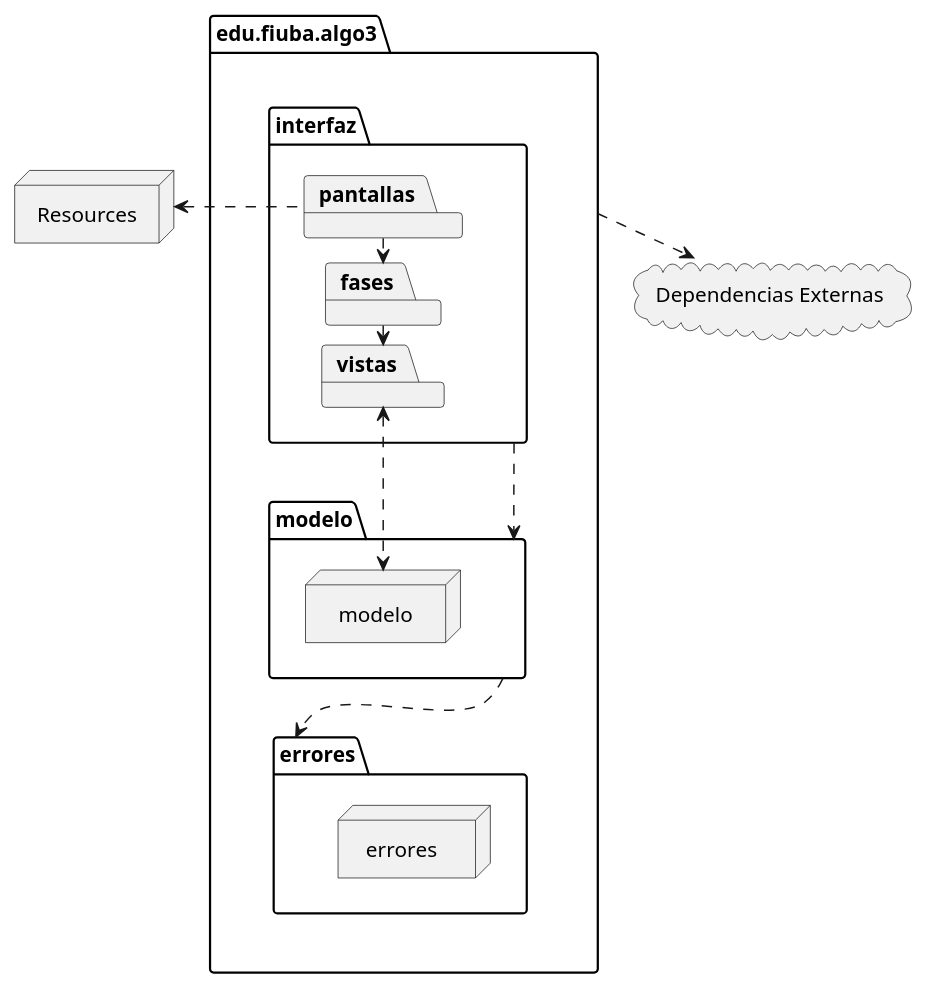
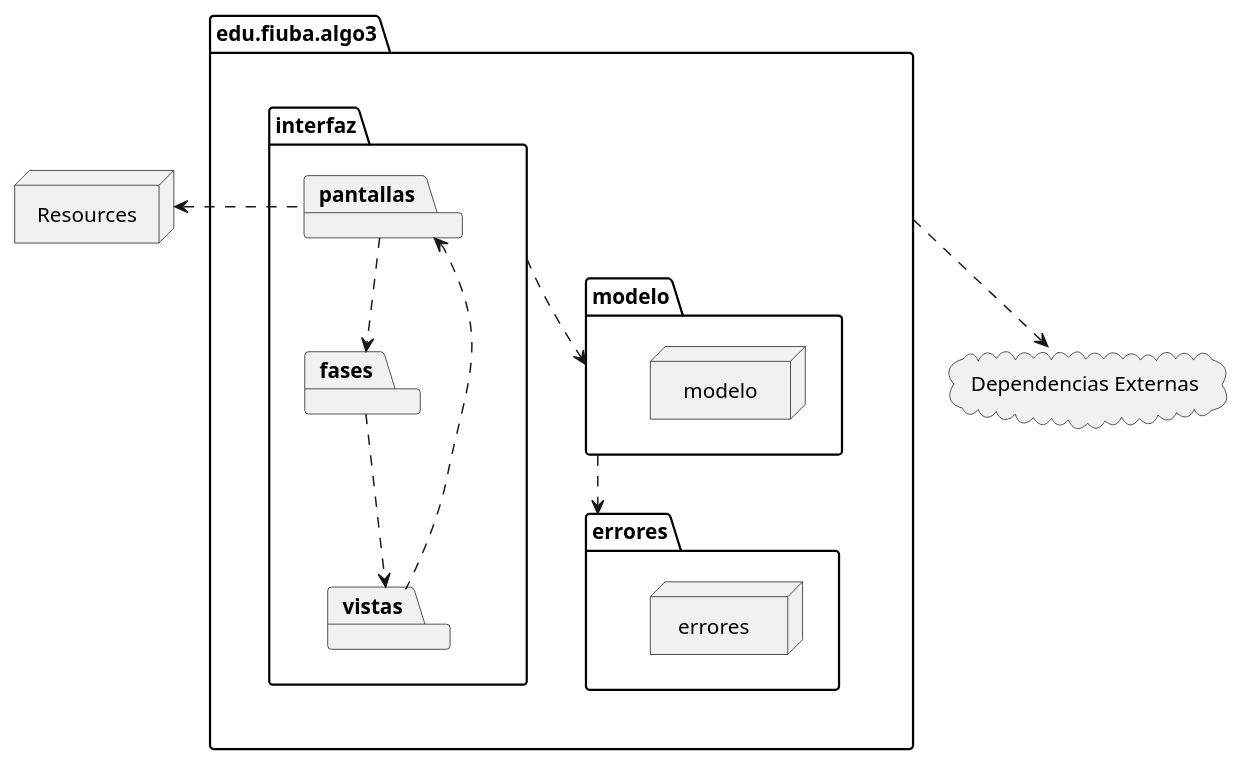
Before and after one commit to Gabrielsem/A.L.T.E.G.O.: the diagram in UML/paquetes/paquetes.plantuml, drawn with PlantUML. The commit also changed 2 other files, not shown here.

Commit message:
uml paquete

```diff
--- a/UML/paquetes/paquetes.plantuml
+++ b/UML/paquetes/paquetes.plantuml
@@ -1,46 +1,47 @@
 @startuml
 /'title Paquetes'/
 skinparam monochrome true
 skinparam componentStyle rectangle
 skinparam ranksep 10
 /'skinparam style strictuml'/
 
 
 package main as "edu.fiuba.algo3" {
 
   package errores {
     node err as " errores   "
    }
   package modelo {
     node mod as "  modelo  "
   }
   package interfaz {
     package pantallas
     package fases
     package vistas
 
     pantallas ..> fases
     fases ..> vistas
+
+    pantallas <.. vistas
   }
 
   interfaz ..> modelo
 
   modelo ..> errores
 
 
 }
 
 node Resources
 
 cloud e as "Dependencias Externas"
 
 
 
 Resources <. pantallas
 main ..> e
 
-vistas <..> mod
 
 
 
 @enduml
```
